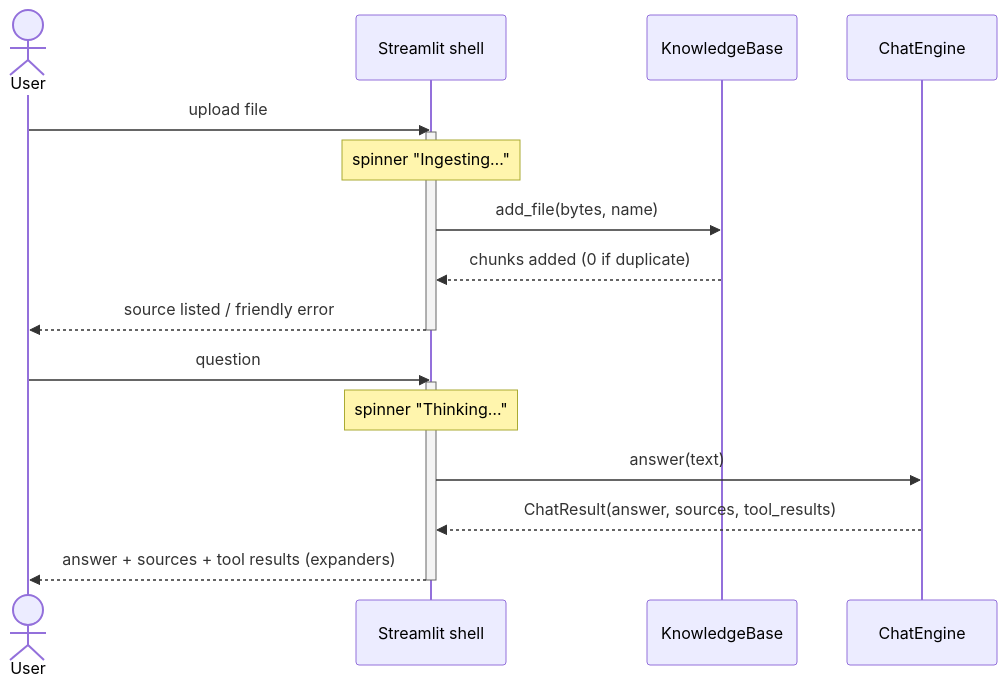
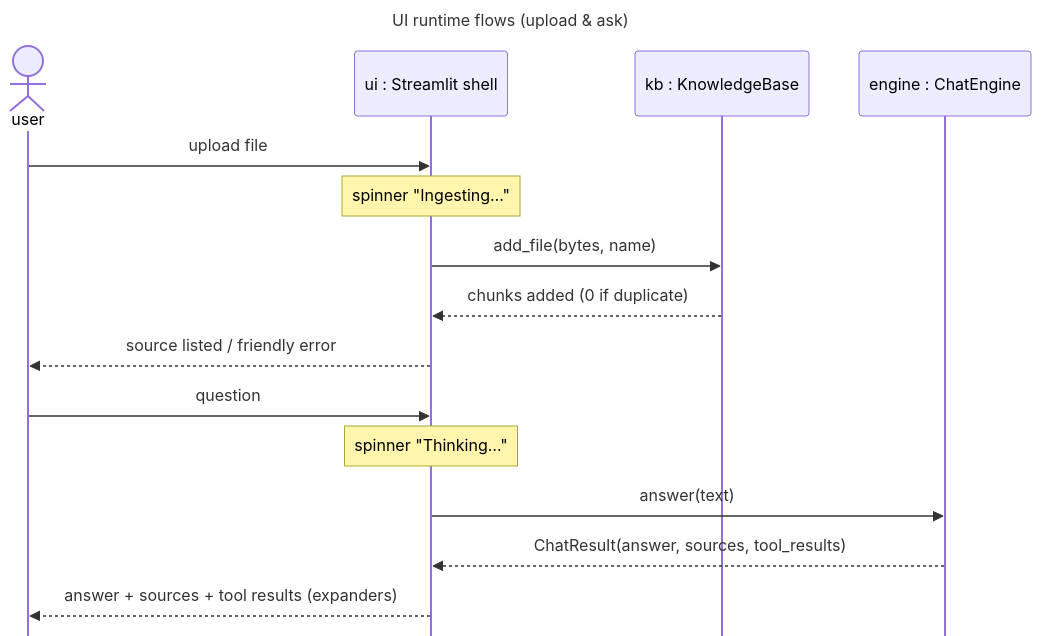
One commit to aschog/cora changed the diagram in docs/plans/streamlit-ui.md. Above: the diagram before and after it, drawn with Mermaid.

Commit message:
docs: match streamlit UI sequence diagram to chat-engine style

````diff
--- a/docs/plans/streamlit-ui.md
+++ b/docs/plans/streamlit-ui.md
@@ -36,21 +36,23 @@
 ```mermaid
+---
+title: UI runtime flows (upload & ask)
+---
+%%{init: {"sequence": {"mirrorActors": false}}}%%
 sequenceDiagram
-  actor User
-  participant UI as Streamlit shell
-  participant KB as KnowledgeBase
-  participant ENG as ChatEngine
-  User->>UI: upload file
-  activate UI
-  Note over UI: spinner "Ingesting…"
-  UI->>KB: add_file(bytes, name)
-  KB-->>UI: chunks added (0 if duplicate)
-  UI-->>User: source listed / friendly error
-  deactivate UI
-  User->>UI: question
-  activate UI
-  Note over UI: spinner "Thinking…"
-  UI->>ENG: answer(text)
-  ENG-->>UI: ChatResult(answer, sources, tool_results)
-  UI-->>User: answer + sources + tool results (expanders)
-  deactivate UI
+  actor user
+  participant ui as ui : Streamlit shell
+  participant kb as kb : KnowledgeBase
+  participant engine as engine : ChatEngine
+
+  user->>ui: upload file
+  Note over ui: spinner "Ingesting…"
+  ui->>kb: add_file(bytes, name)
+  kb-->>ui: chunks added (0 if duplicate)
+  ui-->>user: source listed / friendly error
+
+  user->>ui: question
+  Note over ui: spinner "Thinking…"
+  ui->>engine: answer(text)
+  engine-->>ui: ChatResult(answer, sources, tool_results)
+  ui-->>user: answer + sources + tool results (expanders)
 ```
````
